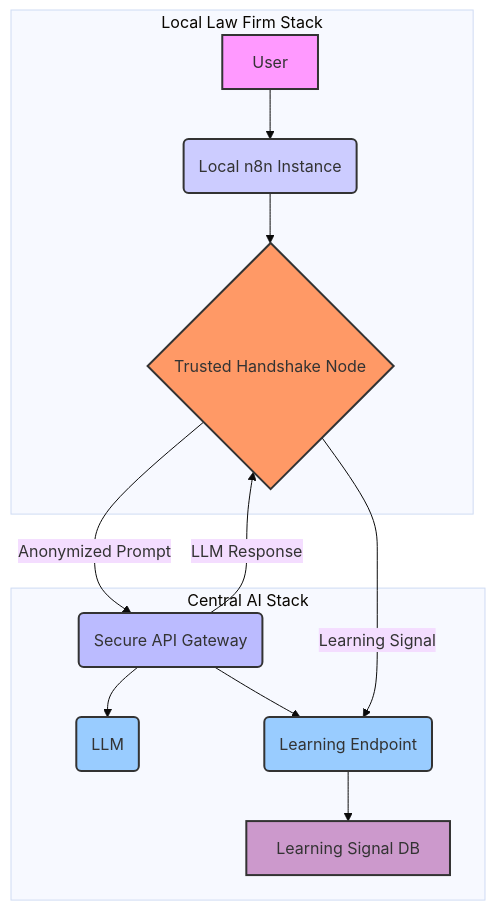
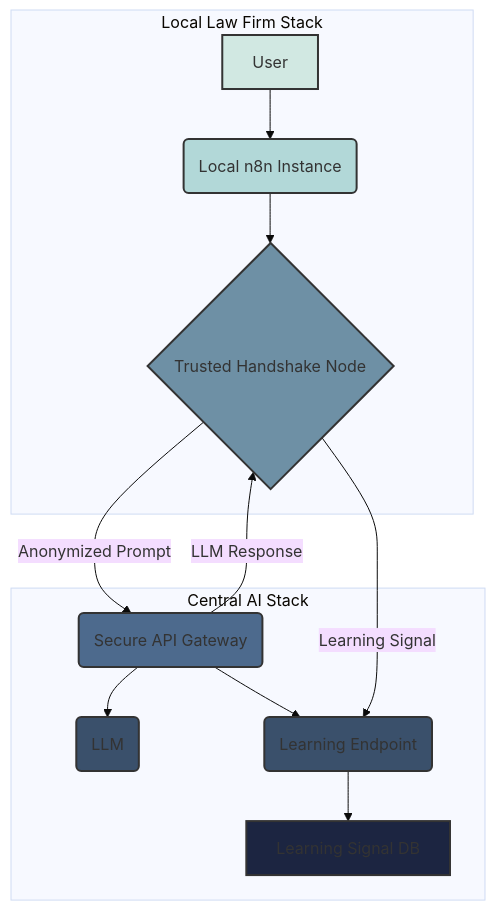
Before and after one commit to the-ai-entrepreneur-ai-hub/anwalts-ai-vision-2030: the first of 2 diagrams in EXECUTION_PLAN.md, drawn with Mermaid (base theme). The commit also changed 1 other file, not shown here.

Commit message:
Update diagram colors for better accessibility

````diff
--- a/EXECUTION_PLAN.md
+++ b/EXECUTION_PLAN.md
@@ -21,25 +21,25 @@
 ```mermaid
 graph TD
     subgraph "Local Law Firm Stack"
         A[User] --> B(Local n8n Instance);
         B --> C{Trusted Handshake Node};
     end
 
     subgraph "Central AI Stack"
         D(Secure API Gateway) --> E(LLM);
         D --> F(Learning Endpoint);
         F --> G[Learning Signal DB];
     end
 
     C -- Anonymized Prompt --> D;
     D -- LLM Response --> C;
     C -- Learning Signal --> F;
 
-    style A fill:#f9f,stroke:#333,stroke-width:2px
-    style B fill:#ccf,stroke:#333,stroke-width:2px
-    style C fill:#f96,stroke:#333,stroke-width:2px
-    style D fill:#bbf,stroke:#333,stroke-width:2px
-    style E fill:#9cf,stroke:#333,stroke-width:2px
-    style F fill:#9cf,stroke:#333,stroke-width:2px
-    style G fill:#c9c,stroke:#333,stroke-width:2px
+    style A fill:#D1E8E2,stroke:#333,stroke-width:2px
+    style B fill:#B2D8D8,stroke:#333,stroke-width:2px
+    style C fill:#6E90A5,stroke:#333,stroke-width:2px
+    style D fill:#4D6A8D,stroke:#333,stroke-width:2px
+    style E fill:#3A506B,stroke:#333,stroke-width:2px
+    style F fill:#3A506B,stroke:#333,stroke-width:2px
+    style G fill:#1C2541,stroke:#333,stroke-width:2px
 ```
````
